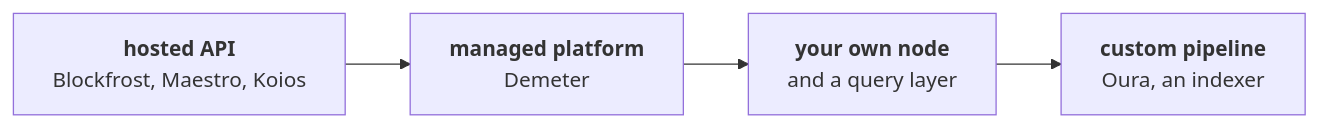
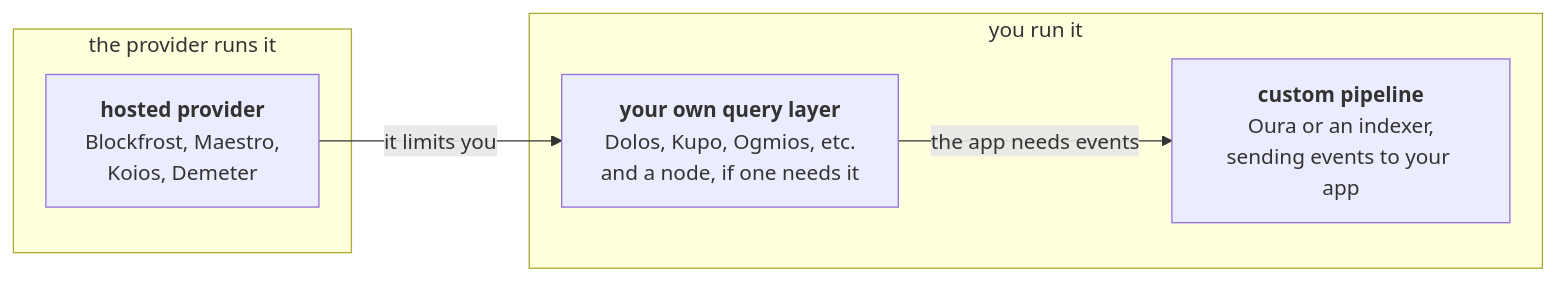
Before and after one commit to cardano-foundation/developer-portal: the second of 3 diagrams in docs/developers/onboarding/lectures/advanced/4-going-to-production.md, drawn with Mermaid. The commit also changed other lines of this file, not shown here.

````diff
--- a/docs/developers/onboarding/lectures/advanced/4-going-to-production.md
+++ b/docs/developers/onboarding/lectures/advanced/4-going-to-production.md
@@ -50,10 +55,18 @@
 ```mermaid
 flowchart LR
-    H["`**hosted API**
-    Blockfrost, Maestro, Koios`"] --> M["`**managed platform**
-    Demeter`"]
-    M --> S["`**your own node**
-    and a query layer`"]
-    S --> C["`**custom pipeline**
-    Oura, an indexer`"]
+    subgraph RENT["the provider runs it"]
+        H["`**hosted provider**
+        Blockfrost, Maestro,
+        Koios, Demeter`"]
+    end
+    subgraph RUN["you run it"]
+        S["`**your own query layer**
+        Dolos, Kupo, Ogmios, etc.
+        and a node, if one needs it`"]
+        C["`**custom pipeline**
+        Oura or an indexer,
+        sending events to your app`"]
+    end
+    H -- "it limits you" --> S
+    S -- "the app needs events" --> C
 ```
````
